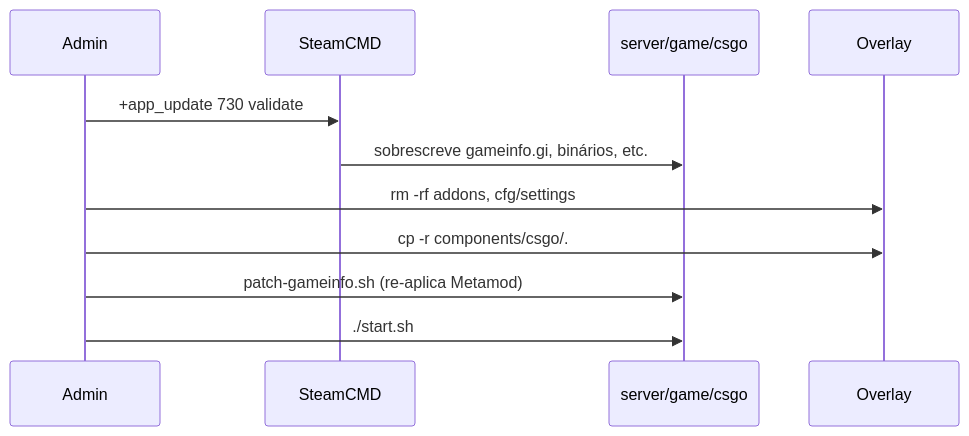
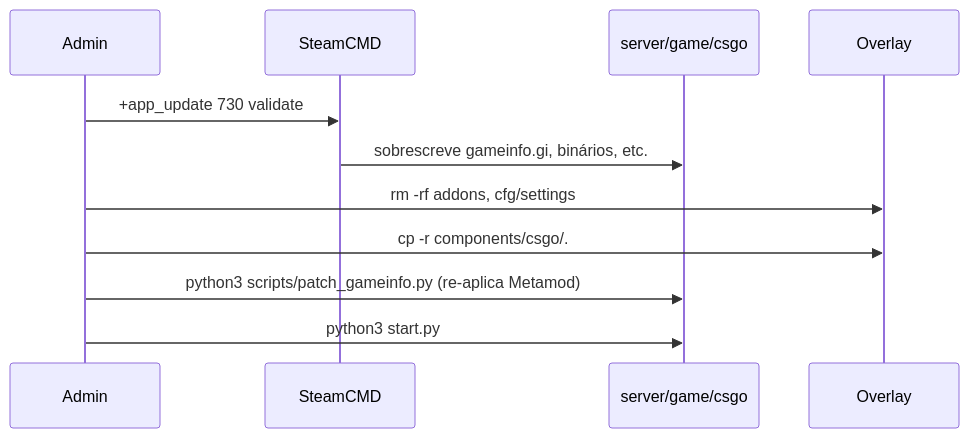
The fourth of 4 diagrams in docs/08-deploy-operation.md (vinnedev/cs2-linux-server), drawn with Mermaid before and after one commit. The commit also changed other lines of this file and 92 other files, not shown here.

````diff
--- a/docs/08-deploy-operation.md
+++ b/docs/08-deploy-operation.md
@@ -143,14 +143,14 @@
 ```mermaid
 sequenceDiagram
     participant Admin
     participant Scmd as SteamCMD
     participant Game as server/game/csgo
     participant Overlay
 
     Admin->>Scmd: +app_update 730 validate
     Scmd->>Game: sobrescreve gameinfo.gi, binários, etc.
     Admin->>Overlay: rm -rf addons, cfg/settings
     Admin->>Overlay: cp -r components/csgo/.
-    Admin->>Game: patch-gameinfo.sh (re-aplica Metamod)
-    Admin->>Game: ./start.sh
+    Admin->>Game: python3 scripts/patch_gameinfo.py (re-aplica Metamod)
+    Admin->>Game: python3 start.py
 ```
````
